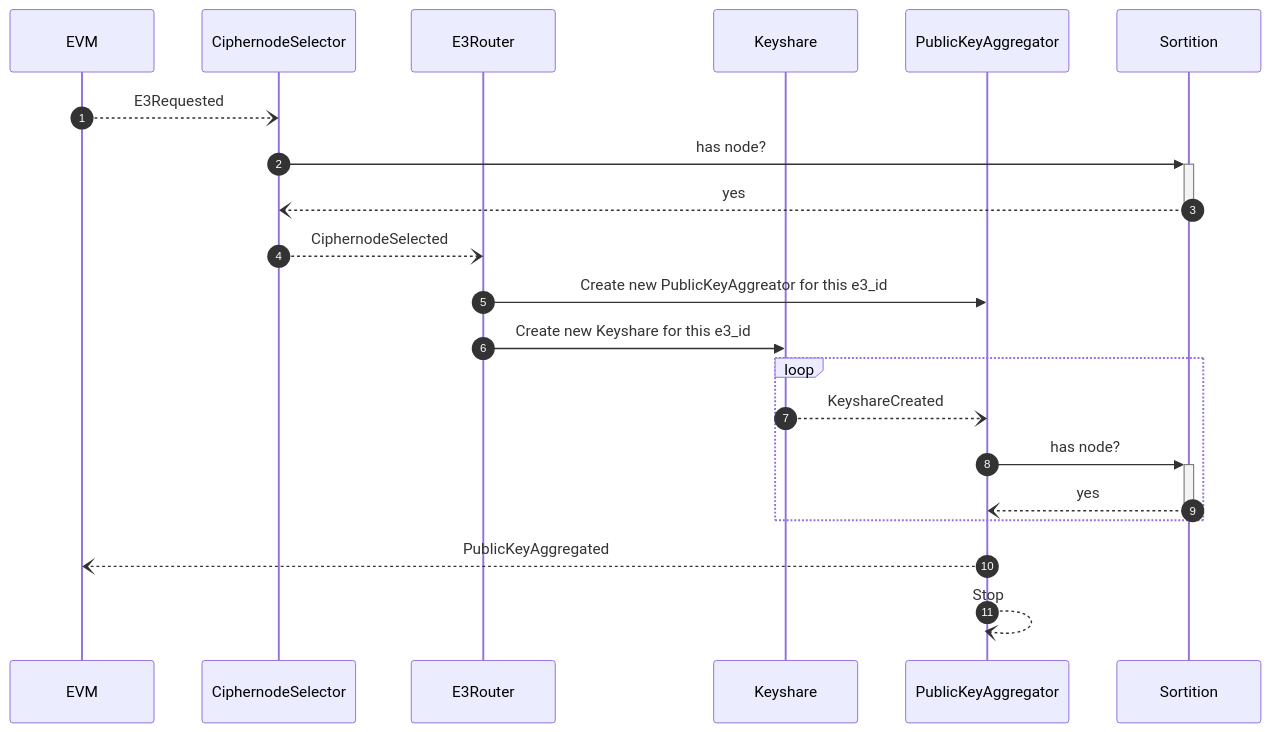
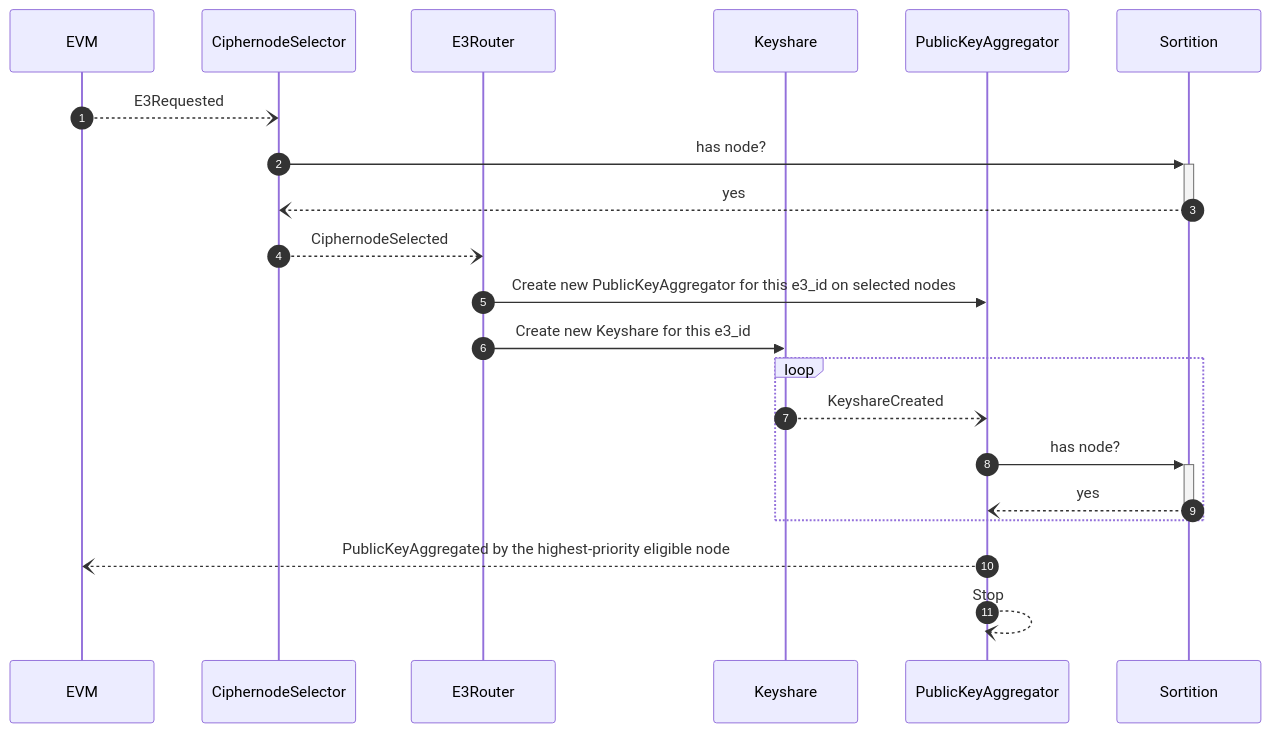
The first of 2 diagrams in crates/README.md (gnosisguild/enclave), drawn with Mermaid before and after one commit. The commit also changed other lines of this file and 62 other files, not shown here.

Commit message:
feat: make the aggregator node part of the e3 committee

````diff
--- a/crates/README.md
+++ b/crates/README.md
@@ -38,24 +38,24 @@
 ```mermaid
 sequenceDiagram
     autonumber
     participant EVM as EVM
     participant CS as CiphernodeSelector
     participant E3 as E3Router
     participant KS as Keyshare
     participant PKA as PublicKeyAggregator
     participant S as Sortition
 
     EVM--)CS: E3Requested
     CS->>+S: has node?
     S--)-CS: yes
     CS--)E3: CiphernodeSelected
-    E3->>PKA: Create new PublicKeyAggreator for this e3_id
+    E3->>PKA: Create new PublicKeyAggregator for this e3_id on selected nodes
     E3->>KS: Create new Keyshare for this e3_id
     loop
         KS--)PKA: KeyshareCreated
         PKA->>+S: has node?
         S--)-PKA: yes
     end
-    PKA--)EVM: PublicKeyAggregated
+    PKA--)EVM: PublicKeyAggregated by the highest-priority eligible node
     PKA--)PKA: Stop
 ```
````
